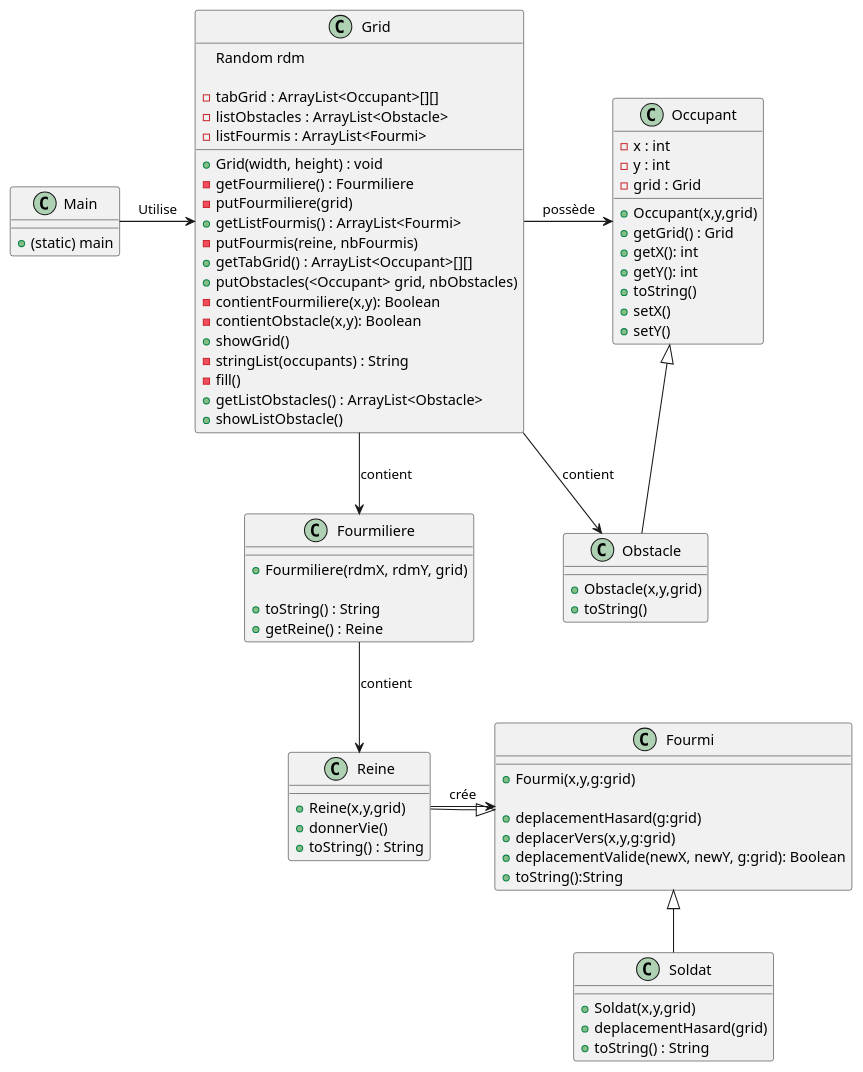
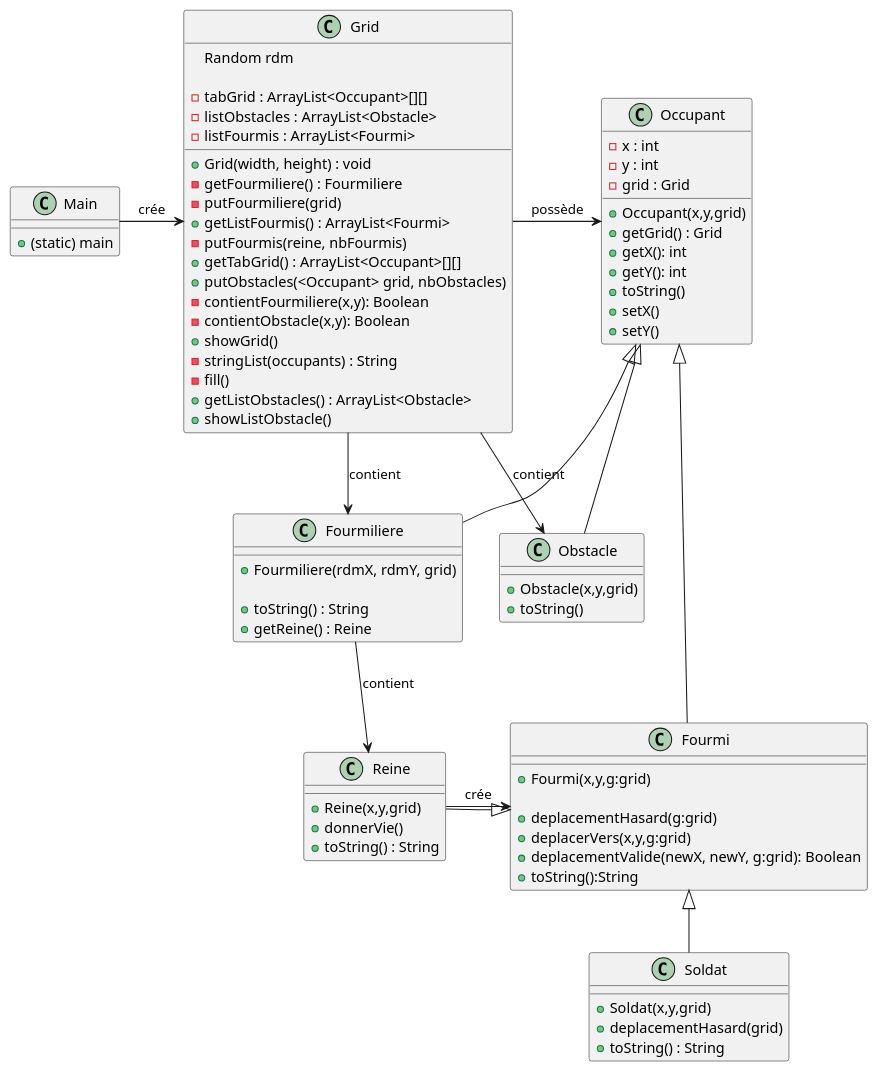
Before and after one commit to BaptisteWetterwald/dut-fourmis: the diagram in src/main/uml/DC_v1.puml, drawn with PlantUML. The commit also changed 1 other file, not shown here.

```diff
--- a/src/main/uml/DC_v1.puml
+++ b/src/main/uml/DC_v1.puml
@@ -1,97 +1,97 @@
 @startuml
 'https://plantuml.com/class-diagram
 
-class Fourmi
+class Fourmi extends Occupant
 {
     + Fourmi(x,y,g:grid)
 
     + deplacementHasard(g:grid)
     + deplacerVers(x,y,g:grid)
     + deplacementValide(newX, newY, g:grid): Boolean
     + toString():String
 }
 
 class Reine extends Fourmi
 {
     + Reine(x,y,grid)
     + donnerVie()
     + toString() : String
 }
 
-class Fourmiliere
+class Fourmiliere extends Occupant
 {
     + Fourmiliere(rdmX, rdmY, grid)
 
     + toString() : String
     + getReine() : Reine
 }
 
 class Grid
 {
     Random rdm
 
     - tabGrid : ArrayList<Occupant>[][]
     - listObstacles : ArrayList<Obstacle>
     - listFourmis : ArrayList<Fourmi>
 
     + Grid(width, height) : void
     - getFourmiliere() : Fourmiliere
     - putFourmiliere(grid)
     + getListFourmis() : ArrayList<Fourmi>
     - putFourmis(reine, nbFourmis)
     + getTabGrid() : ArrayList<Occupant>[][]
     + putObstacles(<Occupant> grid, nbObstacles)
     - contientFourmiliere(x,y): Boolean
     - contientObstacle(x,y): Boolean
     + showGrid()
     - stringList(occupants) : String
     - fill()
     + getListObstacles() : ArrayList<Obstacle>
     + showListObstacle()
 }
 
 class Main
 {
     +(static) main
 }
 
 
 class Soldat extends Fourmi
 {
 + Soldat(x,y,grid)
 + deplacementHasard(grid)
 + toString() : String
 }
 
 
 
 
 class Occupant
 {
     - x : int
     - y : int
     - grid : Grid
     + Occupant(x,y,grid)
     + getGrid() : Grid
     + getX(): int
     + getY(): int
     + toString()
     + setX()
     + setY()
 
 }
 class Obstacle extends Occupant
 {
     + Obstacle(x,y,grid)
     + toString()
 }
 
 
-Main -> Grid : Utilise
+Main -> Grid : crée
 Grid -> Occupant : possède
 Reine -> Fourmi : crée
 Fourmiliere --> Reine : contient
 Grid --> Fourmiliere : contient
 Grid -> Obstacle : contient
 
 @enduml
```
